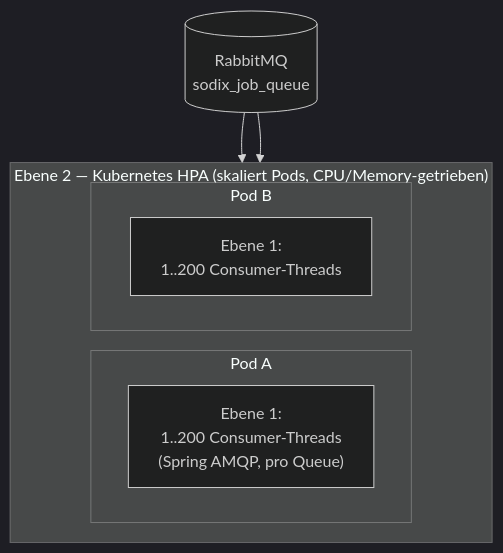
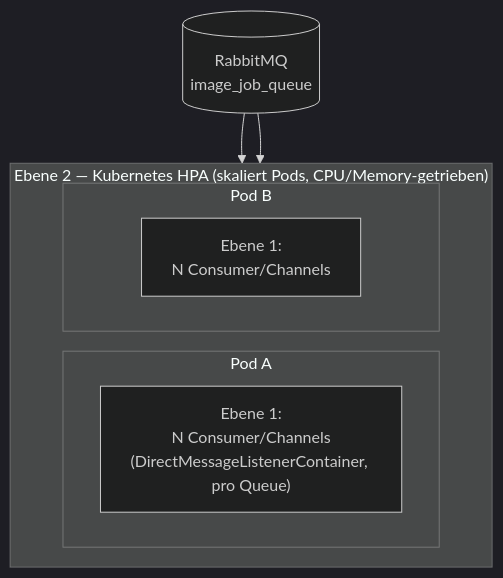
Before and after one commit to edu-sharing/edu-sharing-community-services-rendering2: the first of 2 diagrams in docs/QUEUE_SCALING.md, drawn with Mermaid (dark theme). The commit also changed other lines of this file and 21 other files, not shown here.

First line of the commit message:
fix: harden RabbitMQ resilience (P0 from queue audit)

````diff
--- a/docs/QUEUE_SCALING.md
+++ b/docs/QUEUE_SCALING.md
@@ -26,14 +37,14 @@
 ```mermaid
 flowchart TB
     subgraph HPA["Ebene 2 — Kubernetes HPA (skaliert Pods, CPU/Memory-getrieben)"]
         direction LR
         subgraph P1["Pod A"]
-            C1["Ebene 1:<br/>1..200 Consumer-Threads<br/>(Spring AMQP, pro Queue)"]
+            C1["Ebene 1:<br/>N Consumer/Channels<br/>(DirectMessageListenerContainer, pro Queue)"]
         end
         subgraph P2["Pod B"]
-            C2["Ebene 1:<br/>1..200 Consumer-Threads"]
+            C2["Ebene 1:<br/>N Consumer/Channels"]
         end
     end
-    Q[("RabbitMQ<br/>sodix_job_queue")] --> C1
+    Q[("RabbitMQ<br/>image_job_queue")] --> C1
     Q --> C2
 ```
````
